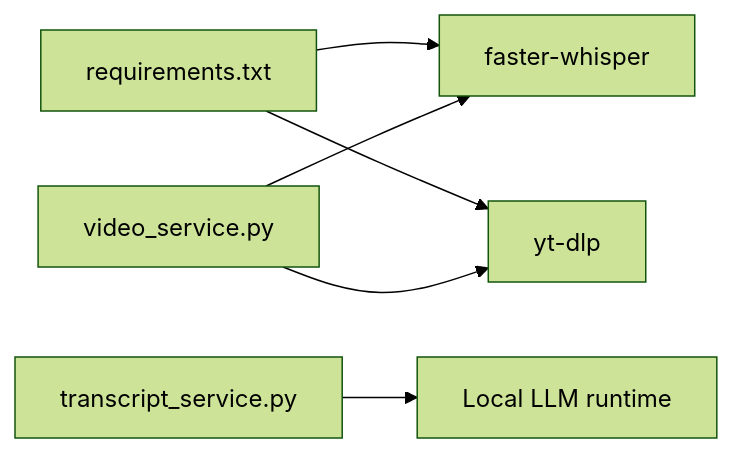
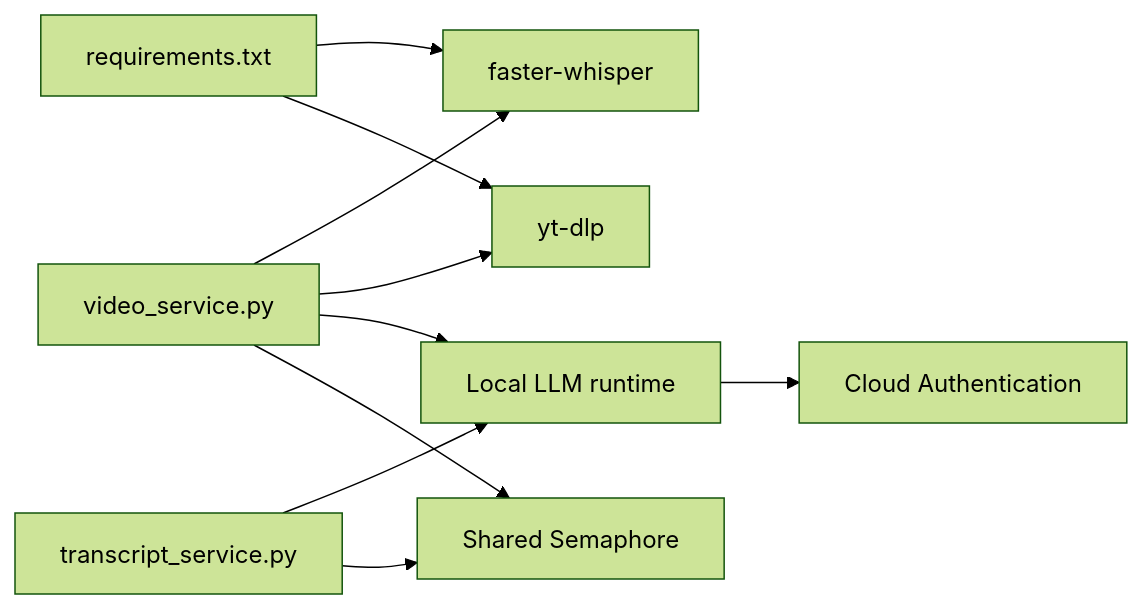
Before and after one commit to Revanththetalogics/aireume: the ninth of 9 diagrams in .qoder/repowiki/en/content/Video Analysis/Transcript Generation.md, drawn with Mermaid (forest theme). The commit also changed other lines of this file and 6 other files, not shown here.

````diff
--- a/.qoder/repowiki/en/content/Video Analysis/Transcript Generation.md
+++ b/.qoder/repowiki/en/content/Video Analysis/Transcript Generation.md
@@ -282,8 +429,12 @@
 ```mermaid
 graph LR
 REQ["requirements.txt"] --> FW["faster-whisper"]
 REQ --> YTDLP["yt-dlp"]
 VS["video_service.py"] --> FW
 VS --> YTDLP
 TS["transcript_service.py"] --> LLM["Local LLM runtime"]
+TS --> SEM["Shared Semaphore"]
+VS --> LLM
+VS --> SEM
+LLM --> AUTH["Cloud Authentication"]
 ```
````
